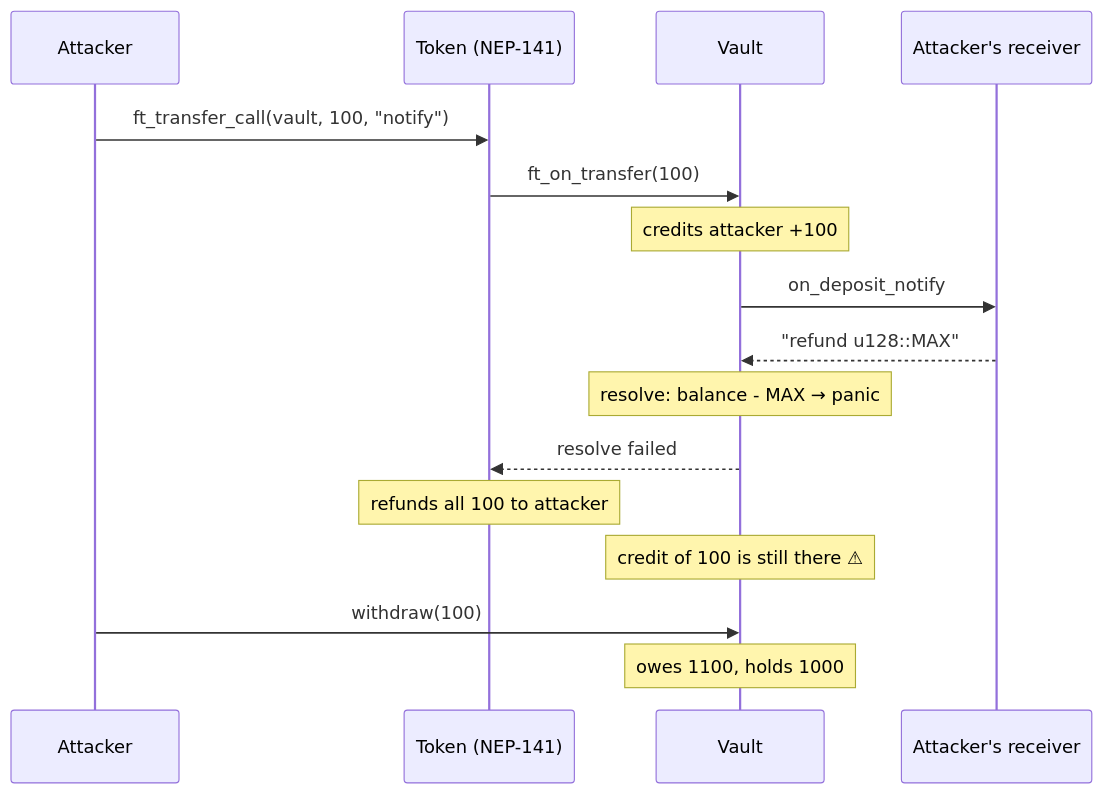
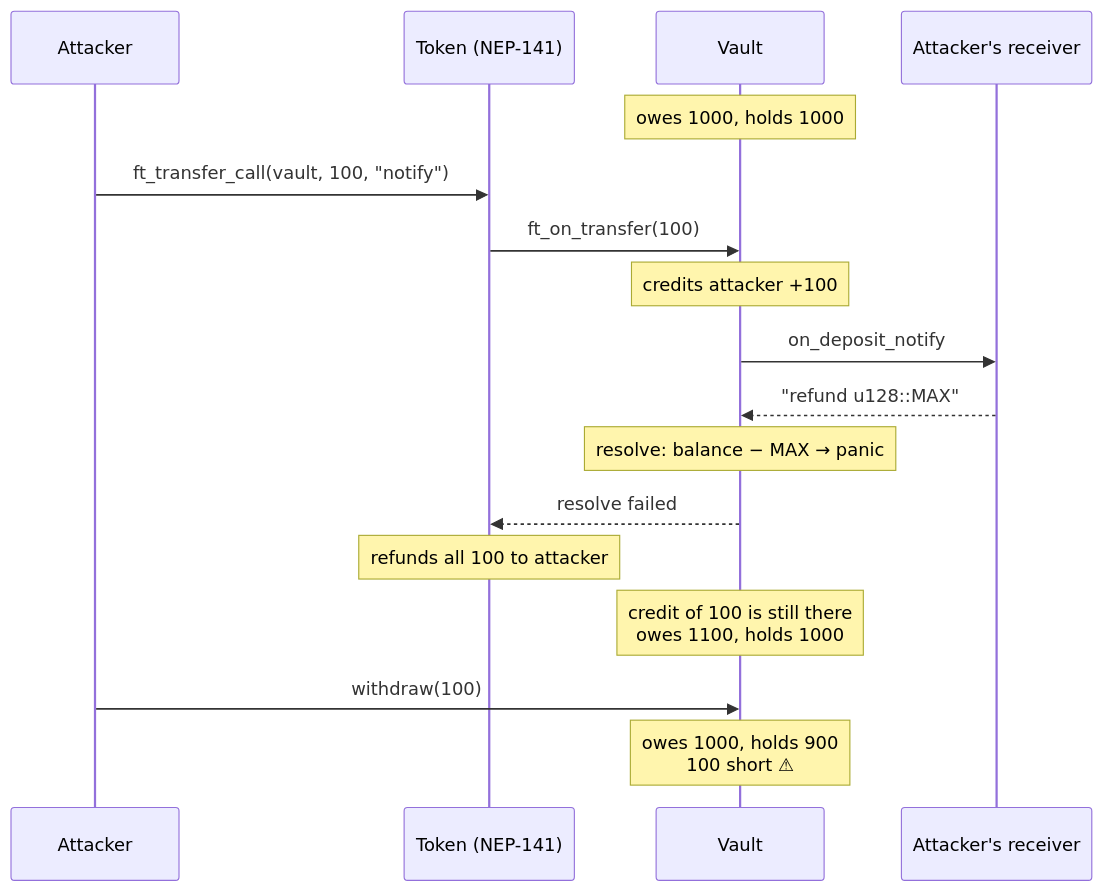
One commit to rohan911438/Backed changed the first of 12 diagrams in README.md. Above: the diagram before and after it, drawn with Mermaid. The commit also changed other lines of this file and 1 other file, not shown here.

First line of the commit message:
README: fix and simplify Mermaid diagrams

````diff
--- a/README.md
+++ b/README.md
@@ -183,18 +183,19 @@
 ```mermaid
 sequenceDiagram
     participant A as Attacker
     participant T as Token (NEP-141)
     participant V as Vault
     participant R as Attacker's receiver
+    Note over V: owes 1000, holds 1000
     A->>T: ft_transfer_call(vault, 100, "notify")
     T->>V: ft_on_transfer(100)
     Note over V: credits attacker +100
     V->>R: on_deposit_notify
     R-->>V: "refund u128::MAX"
-    Note over V: resolve: balance - MAX → panic
+    Note over V: resolve: balance − MAX → panic
     V-->>T: resolve failed
     Note over T: refunds all 100 to attacker
-    Note over V: credit of 100 is still there ⚠
+    Note over V: credit of 100 is still there<br/>owes 1100, holds 1000
     A->>V: withdraw(100)
-    Note over V: owes 1100, holds 1000
+    Note over V: owes 1000, holds 900<br/>100 short ⚠
 ```
````
